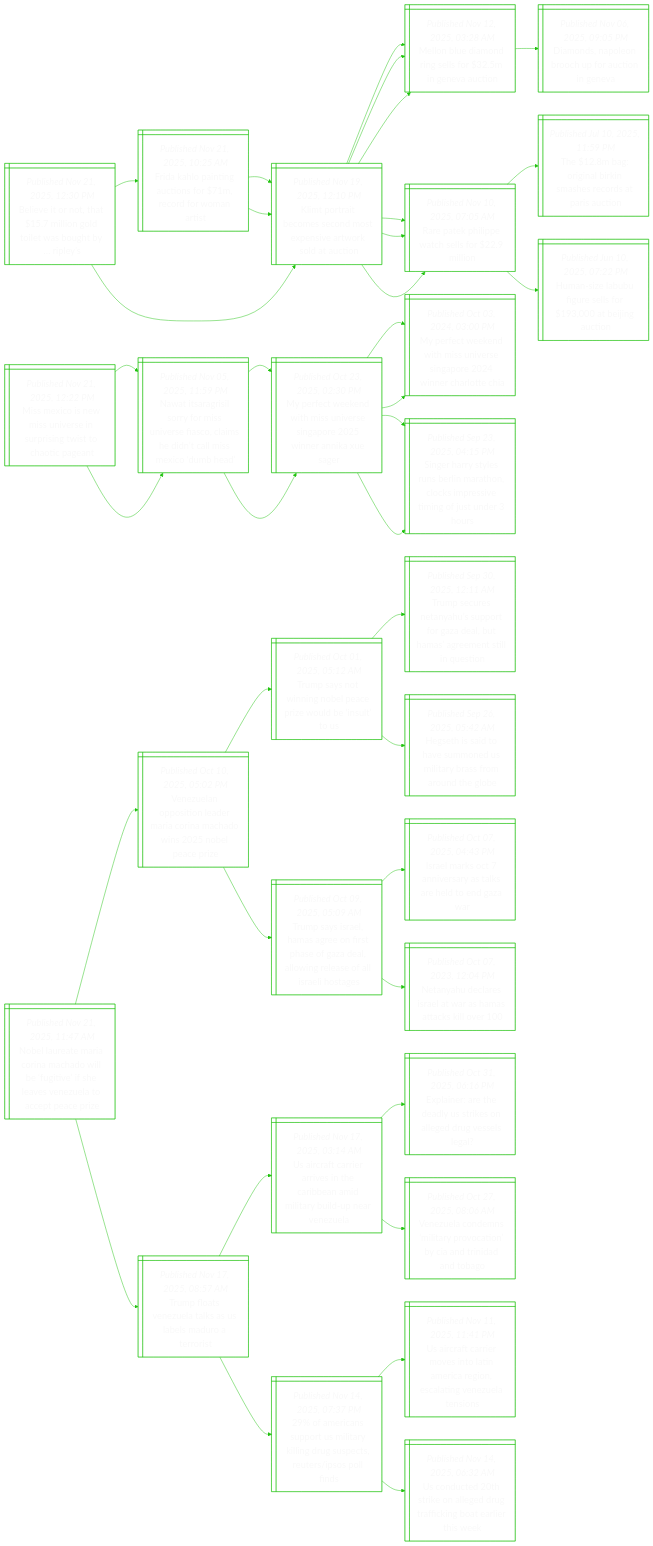
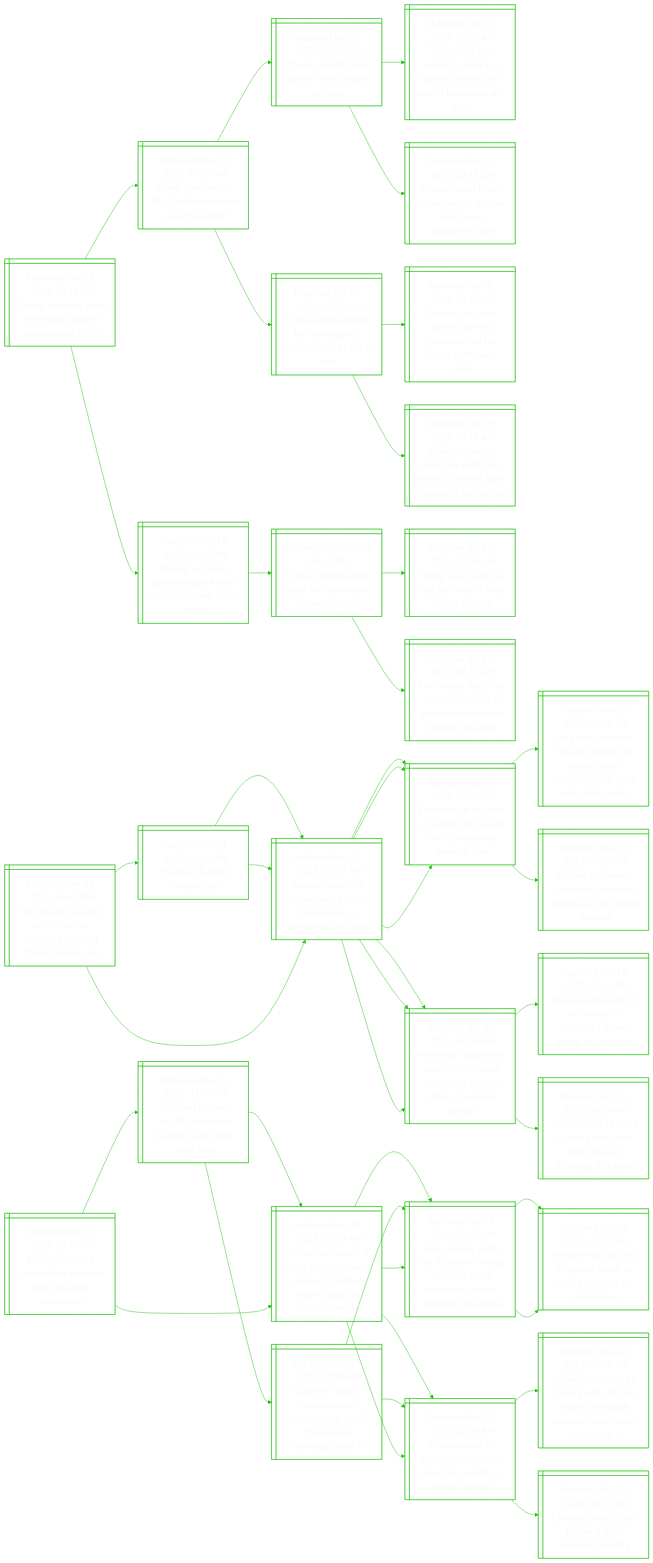
One commit to notJmes/notJmes changed the diagram in README.md. Above: the diagram before and after it, drawn with Mermaid. The commit also changed other lines of this file, not shown here.

````diff
--- a/README.md
+++ b/README.md
@@ -16,121 +16,133 @@
 flowchart LR
 classDef txtsize font-size:20px;
 
-Bvrhlgowuye@{ shape: win-pane, label: "_Published Nov 21, 2025, 12:30 PM_
-Believe it or not, that $15.7 million gold toilet was bought by … ripley’s" }
-FKpicsrdor@{ shape: win-pane, label: "_Published Nov 21, 2025, 10:25 AM_
-Frida kahlo painting auctions for $71m, record for woman artist" }
-Kpacsdesrkat@{ shape: win-pane, label: "_Published Nov 19, 2025, 12:10 PM_
-Klimt portrait becomes second most expensive artwork sold at auction" }
-Mndngsiec@{ shape: win-pane, label: "_Published Nov 12, 2025, 03:28 AM_
-Mellon blue diamond ring sells for $32.5m in geneva auction" }
-Rahpclmo@{ shape: win-pane, label: "_Published Nov 10, 2025, 07:05 AM_
-Rare patek philippe watch sells for $22.9 million" }
-Kpacsdesrkat@{ shape: win-pane, label: "_Published Nov 19, 2025, 12:10 PM_
-Klimt portrait becomes second most expensive artwork sold at auction" }
-Mndngsiec@{ shape: win-pane, label: "_Published Nov 12, 2025, 03:28 AM_
-Mellon blue diamond ring sells for $32.5m in geneva auction" }
-Rahpclmo@{ shape: win-pane, label: "_Published Nov 10, 2025, 07:05 AM_
-Rare patek philippe watch sells for $22.9 million" }
-Kpacsdesrkat@{ shape: win-pane, label: "_Published Nov 19, 2025, 12:10 PM_
-Klimt portrait becomes second most expensive artwork sold at auction" }
-Mndngsiec@{ shape: win-pane, label: "_Published Nov 12, 2025, 03:28 AM_
-Mellon blue diamond ring sells for $32.5m in geneva auction" }
-Dnpncotnv@{ shape: win-pane, label: "_Published Nov 06, 2025, 09:05 PM_
-Diamonds, napoleon brooch up for auction in geneva" }
-Rahpclmo@{ shape: win-pane, label: "_Published Nov 10, 2025, 07:05 AM_
-Rare patek philippe watch sells for $22.9 million" }
-TagBnhcait@{ shape: win-pane, label: "_Published Jul 10, 2025, 11:59 PM_
-The $12.8m bag: original birkin smashes records at paris auction" }
-Hsafestic@{ shape: win-pane, label: "_Published Jun 10, 2025, 07:22 PM_
-Human-size labubu figure sells for $193,000 at beijing auction" }
+Dsaoemlossd@{ shape: win-pane, label: "_Published Nov 21, 2025, 07:14 PM_
+Delays, setbacks loom over trump’s golden dome missile shield" }
+Tprdlaaubt@{ shape: win-pane, label: "_Published May 02, 2025, 11:55 AM_
+Trump plans record $1.32 trillion national security budget" }
+TcfoeSif@{ shape: win-pane, label: "_Published Jan 28, 2025, 09:40 AM_
+Trump calls for ‘iron dome’ for us missile defence" }
+Tffwtdirvvcesne@{ shape: win-pane, label: "_Published Jan 22, 2025, 01:30 AM_
+Trump fires first woman to lead a us military service over lack of leadership and more" }
+TcseAasomras@{ shape: win-pane, label: "_Published Nov 15, 2024, 10:18 AM_
+Trump causes jitters in australia as shadow looms over submarines deal" }
+Taiteeoluba@{ shape: win-pane, label: "_Published Feb 20, 2025, 07:00 AM_
+Trump administration tells pentagon to slash budget by 8% a year" }
+WnPasoulfufls@{ shape: win-pane, label: "_Published Feb 18, 2025, 05:20 AM_
+Washington post cancels ad from groups calling for trump to fire elon musk" }
+Tasgxrrtnsrafb@{ shape: win-pane, label: "_Published Feb 19, 2025, 07:11 AM_
+Trump and musk target tax enforcers, rocket scientists, bank regulators for job cuts" }
+Pglohaeeedo@{ shape: win-pane, label: "_Published Aug 13, 2025, 06:33 AM_
+Pentagon golden dome to have 4-layer defence system, slides show" }
+Tseeslassa@{ shape: win-pane, label: "_Published Jul 22, 2025, 06:18 PM_
+Trump’s golden dome looks for alternatives to musk’s spacex" }
+Tsushnelms@{ shape: win-pane, label: "_Published Jun 07, 2025, 03:58 AM_
+Trump says musk has ‘lost his mind’ as feud fallout mounts" }
+ATfoMSXlossden@{ shape: win-pane, label: "_Published Jun 13, 2025, 05:14 AM_
+After trump feud, role of musk's spacex in golden dome missile shield in question" }
 
-Bvrhlgowuye:::txtsize --> FKpicsrdor:::txtsize
-FKpicsrdor:::txtsize --> Kpacsdesrkat:::txtsize
-Kpacsdesrkat:::txtsize --> Mndngsiec:::txtsize
-Kpacsdesrkat:::txtsize --> Rahpclmo:::txtsize
-FKpicsrdor:::txtsize --> Kpacsdesrkat:::txtsize
-Kpacsdesrkat:::txtsize --> Mndngsiec:::txtsize
-Kpacsdesrkat:::txtsize --> Rahpclmo:::txtsize
-Bvrhlgowuye:::txtsize --> Kpacsdesrkat:::txtsize
-Kpacsdesrkat:::txtsize --> Mndngsiec:::txtsize
-Mndngsiec:::txtsize --> Dnpncotnv:::txtsize
-Kpacsdesrkat:::txtsize --> Rahpclmo:::txtsize
-Rahpclmo:::txtsize --> TagBnhcait:::txtsize
-Rahpclmo:::txtsize --> Hsafestic:::txtsize
+Dsaoemlossd:::txtsize --> Tprdlaaubt:::txtsize
+Tprdlaaubt:::txtsize --> TcfoeSif:::txtsize
+TcfoeSif:::txtsize --> Tffwtdirvvcesne:::txtsize
+TcfoeSif:::txtsize --> TcseAasomras:::txtsize
+Tprdlaaubt:::txtsize --> Taiteeoluba:::txtsize
+Taiteeoluba:::txtsize --> WnPasoulfufls:::txtsize
+Taiteeoluba:::txtsize --> Tasgxrrtnsrafb:::txtsize
+Dsaoemlossd:::txtsize --> Pglohaeeedo:::txtsize
+Pglohaeeedo:::txtsize --> Tseeslassa:::txtsize
+Tseeslassa:::txtsize --> Tsushnelms:::txtsize
+Tseeslassa:::txtsize --> ATfoMSXlossden:::txtsize
 
-MeiMnsuswotg@{ shape: win-pane, label: "_Published Nov 21, 2025, 12:22 PM_
-Miss mexico is new miss universe in surprising twist to chaotic pageant" }
-NIairMnssaetMede@{ shape: win-pane, label: "_Published Nov 05, 2025, 11:59 PM_
-Nawat itsaragrisil sorry for miss universe fiasco, claims he didn’t call miss mexico ‘dumb head’" }
-MfedMnsgeeier@{ shape: win-pane, label: "_Published Oct 23, 2025, 02:30 PM_
-My perfect weekend with miss universe singapore 2025 winner annika xue sager" }
-MfedMnsgeere@{ shape: win-pane, label: "_Published Oct 03, 2024, 03:00 PM_
-My perfect weekend with miss universe singapore 2024 winner charlotte chia" }
-Sryesiacseenudu@{ shape: win-pane, label: "_Published Sep 23, 2025, 04:15 PM_
-Singer harry styles runs berlin marathon, clocks impressive timing of just under 3 hours" }
-NIairMnssaetMede@{ shape: win-pane, label: "_Published Nov 05, 2025, 11:59 PM_
-Nawat itsaragrisil sorry for miss universe fiasco, claims he didn’t call miss mexico ‘dumb head’" }
-MfedMnsgeeier@{ shape: win-pane, label: "_Published Oct 23, 2025, 02:30 PM_
-My perfect weekend with miss universe singapore 2025 winner annika xue sager" }
-MfedMnsgeere@{ shape: win-pane, label: "_Published Oct 03, 2024, 03:00 PM_
-My perfect weekend with miss universe singapore 2024 winner charlotte chia" }
-Sryesiacseenudu@{ shape: win-pane, label: "_Published Sep 23, 2025, 04:15 PM_
-Singer harry styles runs berlin marathon, clocks impressive timing of just under 3 hours" }
+Trsifleegsuel@{ shape: win-pane, label: "_Published Nov 21, 2025, 06:49 PM_
+Top ukraine security official denies accepting terms of trump’s peace plan" }
+Tstia@{ shape: win-pane, label: "_Published Nov 21, 2025, 04:26 PM_
+Trump’s 28-point ukraine plan" }
+Zsarskbdaosb@{ shape: win-pane, label: "_Published Nov 21, 2025, 03:17 AM_
+Zelensky ready for ‘honest’ work on us-backed plan as europeans push back" }
+EeucStooosfke@{ shape: win-pane, label: "_Published Nov 20, 2025, 06:38 PM_
+Europeans push back at us plan that would force concessions from ukraine" }
+Atdretahfunceni@{ shape: win-pane, label: "_Published Nov 20, 2025, 09:24 PM_
+A relative’s desperate search then fading hope after russian attack in western ukraine" }
+Zsarskbdaosb@{ shape: win-pane, label: "_Published Nov 21, 2025, 03:17 AM_
+Zelensky ready for ‘honest’ work on us-backed plan as europeans push back" }
+EeucStooosfke@{ shape: win-pane, label: "_Published Nov 20, 2025, 06:38 PM_
+Europeans push back at us plan that would force concessions from ukraine" }
+Atdretahfunceni@{ shape: win-pane, label: "_Published Nov 20, 2025, 09:24 PM_
+A relative’s desperate search then fading hope after russian attack in western ukraine" }
+Zsarskbdaosb@{ shape: win-pane, label: "_Published Nov 21, 2025, 03:17 AM_
+Zelensky ready for ‘honest’ work on us-backed plan as europeans push back" }
+EeucStooosfke@{ shape: win-pane, label: "_Published Nov 20, 2025, 06:38 PM_
+Europeans push back at us plan that would force concessions from ukraine" }
+UcprrrteinlnsySe@{ shape: win-pane, label: "_Published Nov 20, 2025, 04:50 AM_
+Us peace proposal requires ukraine to cede russian-controlled land, slash army size: source" }
+Unlnkmtmjria@{ shape: win-pane, label: "_Published Nov 19, 2025, 09:14 PM_
+Ukraine parliament sacks two ministers amid major corruption scandal" }
+Atdretahfunceni@{ shape: win-pane, label: "_Published Nov 20, 2025, 09:24 PM_
+A relative’s desperate search then fading hope after russian attack in western ukraine" }
+RailUnekreim@{ shape: win-pane, label: "_Published Nov 19, 2025, 10:46 PM_
+Russian strike kills 25 in ukraine as zelensky’s turkey peace bid stumbles" }
+Unsenyirnidhe@{ shape: win-pane, label: "_Published Aug 01, 2025, 09:24 PM_
+Ukraine says 31 killed in end-july russian strike on kyiv, including 5 children" }
 
-MeiMnsuswotg:::txtsize --> NIairMnssaetMede:::txtsize
-NIairMnssaetMede:::txtsize --> MfedMnsgeeier:::txtsize
-MfedMnsgeeier:::txtsize --> MfedMnsgeere:::txtsize
-MfedMnsgeeier:::txtsize --> Sryesiacseenudu:::txtsize
-MeiMnsuswotg:::txtsize --> NIairMnssaetMede:::txtsize
-NIairMnssaetMede:::txtsize --> MfedMnsgeeier:::txtsize
-MfedMnsgeeier:::txtsize --> MfedMnsgeere:::txtsize
-MfedMnsgeeier:::txtsize --> Sryesiacseenudu:::txtsize
+Trsifleegsuel:::txtsize --> Tstia:::txtsize
+Tstia:::txtsize --> Zsarskbdaosb:::txtsize
+Zsarskbdaosb:::txtsize --> EeucStooosfke:::txtsize
+Zsarskbdaosb:::txtsize --> Atdretahfunceni:::txtsize
+Tstia:::txtsize --> Zsarskbdaosb:::txtsize
+Zsarskbdaosb:::txtsize --> EeucStooosfke:::txtsize
+Zsarskbdaosb:::txtsize --> Atdretahfunceni:::txtsize
+Trsifleegsuel:::txtsize --> Zsarskbdaosb:::txtsize
+Zsarskbdaosb:::txtsize --> EeucStooosfke:::txtsize
+EeucStooosfke:::txtsize --> UcprrrteinlnsySe:::txtsize
+EeucStooosfke:::txtsize --> Unlnkmtmjria:::txtsize
+Zsarskbdaosb:::txtsize --> Atdretahfunceni:::txtsize
+Atdretahfunceni:::txtsize --> RailUnekreim:::txtsize
+Atdretahfunceni:::txtsize --> Unsenyirnidhe:::txtsize
 
-Nlarraobiilszteai@{ shape: win-pane, label: "_Published Nov 21, 2025, 11:47 AM_
-Nobel laureate maria corina machado will be ‘fugitive’ if she leaves venezuela to accept peace prize" }
-Vuoilranhibai@{ shape: win-pane, label: "_Published Oct 10, 2025, 05:02 PM_
-Venezuelan opposition leader maria corina machado wins 2025 nobel peace prize" }
-TsonoeroelS@{ shape: win-pane, label: "_Published Oct 01, 2025, 05:12 AM_
-Trump says not winning nobel peace prize would be ‘insult’ to us" }
-Tseaupoabmrnluo@{ shape: win-pane, label: "_Published Sep 30, 2025, 12:11 AM_
-Trump secures netanyahu’s support for gaza deal, but hamas’ agreement still in question" }
-Htahueirsmng@{ shape: win-pane, label: "_Published Sep 26, 2025, 05:42 AM_
-Hegseth is said to have summoned us military brass from around the globe" }
-TssHaossaaorslaoe@{ shape: win-pane, label: "_Published Oct 09, 2025, 05:09 AM_
-Trump says israel, hamas agree on first phase of gaza deal, allowing release of all israeli hostages" }
-Ilsnrakhoar@{ shape: win-pane, label: "_Published Oct 07, 2025, 04:43 PM_
-Israel marks oct 7 anniversary as talks are held to end gaza war" }
-NyeeawHakl@{ shape: win-pane, label: "_Published Oct 07, 2023, 12:04 PM_
-Netanyahu declares israel at war as hamas attacks kill over 100" }
-TfsztaaMort@{ shape: win-pane, label: "_Published Nov 17, 2025, 08:57 AM_
-Trump floats venezuela talks as us labels maduro a terrorist" }
-Ucceinaeiiburz@{ shape: win-pane, label: "_Published Nov 17, 2025, 03:14 AM_
-Us aircraft carrier arrives in the caribbean amid military build-up near venezuela" }
-Eirdyroersl@{ shape: win-pane, label: "_Published Oct 31, 2025, 06:16 PM_
-Explainer: are the deadly us strikes on alleged drug vessels legal?​" }
-VuonipcnAraTo@{ shape: win-pane, label: "_Published Oct 27, 2025, 08:06 AM_
-Venezuela condemns ‘military provocation’ by cia and trinidad and tobago" }
-orsomalduttpon@{ shape: win-pane, label: "_Published Nov 14, 2025, 07:37 PM_
-29% of americans support us military killing drug suspects, reuters/ipsos poll finds" }
-Ucceeonigsteens@{ shape: win-pane, label: "_Published Nov 11, 2025, 11:41 PM_
-Us aircraft carrier moves into latin america region, escalating venezuela tensions" }
-Uddrngufialhe@{ shape: win-pane, label: "_Published Nov 14, 2025, 06:32 AM_
-Us conducted 20th strike on alleged drug trafficking boat earlier this week" }
+DCaporilsne@{ shape: win-pane, label: "_Published Nov 21, 2025, 05:40 PM_
+Draft cop30 deal drops effort for fossil fuel transition agreement" }
+UehPerayfls@{ shape: win-pane, label: "_Published Nov 20, 2025, 11:59 PM_
+Un chief pushes cop30 for deal on roadmap away from fossil fuels" }
+SlWicrtteOodoaa@{ shape: win-pane, label: "_Published Nov 20, 2025, 11:15 AM_
+St explains: why is it tricky for countries to agree at cop30 on how to adapt to climate change?" }
+Uneitumooiuttioan@{ shape: win-pane, label: "_Published Aug 16, 2025, 05:00 AM_
+Using nature, multi-use structures among solutions being studied to protect singapore coastlines" }
+FlsosOeeomc@{ shape: win-pane, label: "_Published Nov 08, 2025, 05:00 AM_
+From pledges to progress: can cop30 move the needle on climate action?" }
+CracnntnPalrge@{ shape: win-pane, label: "_Published Nov 19, 2025, 09:30 PM_
+Countries’ lack of consensus on adaptation at cop30 climate talks worrying: grace fu" }
+Uneitumooiuttioan@{ shape: win-pane, label: "_Published Aug 16, 2025, 05:00 AM_
+Using nature, multi-use structures among solutions being studied to protect singapore coastlines" }
+FlsosOeeomc@{ shape: win-pane, label: "_Published Nov 08, 2025, 05:00 AM_
+From pledges to progress: can cop30 move the needle on climate action?" }
+SlWicrtteOodoaa@{ shape: win-pane, label: "_Published Nov 20, 2025, 11:15 AM_
+St explains: why is it tricky for countries to agree at cop30 on how to adapt to climate change?" }
+Uneitumooiuttioan@{ shape: win-pane, label: "_Published Aug 16, 2025, 05:00 AM_
+Using nature, multi-use structures among solutions being studied to protect singapore coastlines" }
+NruSpeotegon@{ shape: win-pane, label: "_Published Aug 16, 2025, 05:00 AM_
+Nowhere to run: why singapore needs to start protecting its coasts now" }
+NruSpeotegon@{ shape: win-pane, label: "_Published Aug 16, 2025, 05:00 AM_
+Nowhere to run: why singapore needs to start protecting its coasts now" }
+FlsosOeeomc@{ shape: win-pane, label: "_Published Nov 08, 2025, 05:00 AM_
+From pledges to progress: can cop30 move the needle on climate action?" }
+SsifawlecldiitsGF@{ shape: win-pane, label: "_Published Nov 06, 2025, 03:00 PM_
+S’pore’s readiness for dealing with climate impacts will guide business investments here: grace fu" }
+CtnondVao@{ shape: win-pane, label: "_Published Oct 30, 2025, 03:15 PM_
+Climate change, poor planning drive vietnam flooding" }
 
-Nlarraobiilszteai:::txtsize --> Vuoilranhibai:::txtsize
-Vuoilranhibai:::txtsize --> TsonoeroelS:::txtsize
-TsonoeroelS:::txtsize --> Tseaupoabmrnluo:::txtsize
-TsonoeroelS:::txtsize --> Htahueirsmng:::txtsize
-Vuoilranhibai:::txtsize --> TssHaossaaorslaoe:::txtsize
-TssHaossaaorslaoe:::txtsize --> Ilsnrakhoar:::txtsize
-TssHaossaaorslaoe:::txtsize --> NyeeawHakl:::txtsize
-Nlarraobiilszteai:::txtsize --> TfsztaaMort:::txtsize
-TfsztaaMort:::txtsize --> Ucceinaeiiburz:::txtsize
-Ucceinaeiiburz:::txtsize --> Eirdyroersl:::txtsize
-Ucceinaeiiburz:::txtsize --> VuonipcnAraTo:::txtsize
-TfsztaaMort:::txtsize --> orsomalduttpon:::txtsize
-orsomalduttpon:::txtsize --> Ucceeonigsteens:::txtsize
-orsomalduttpon:::txtsize --> Uddrngufialhe:::txtsize
+DCaporilsne:::txtsize --> UehPerayfls:::txtsize
+UehPerayfls:::txtsize --> SlWicrtteOodoaa:::txtsize
+SlWicrtteOodoaa:::txtsize --> Uneitumooiuttioan:::txtsize
+SlWicrtteOodoaa:::txtsize --> FlsosOeeomc:::txtsize
+UehPerayfls:::txtsize --> CracnntnPalrge:::txtsize
+CracnntnPalrge:::txtsize --> Uneitumooiuttioan:::txtsize
+CracnntnPalrge:::txtsize --> FlsosOeeomc:::txtsize
+DCaporilsne:::txtsize --> SlWicrtteOodoaa:::txtsize
+SlWicrtteOodoaa:::txtsize --> Uneitumooiuttioan:::txtsize
+Uneitumooiuttioan:::txtsize --> NruSpeotegon:::txtsize
+Uneitumooiuttioan:::txtsize --> NruSpeotegon:::txtsize
+SlWicrtteOodoaa:::txtsize --> FlsosOeeomc:::txtsize
+FlsosOeeomc:::txtsize --> SsifawlecldiitsGF:::txtsize
+FlsosOeeomc:::txtsize --> CtnondVao:::txtsize
 
 ```
````
